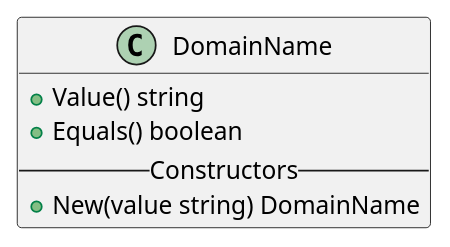
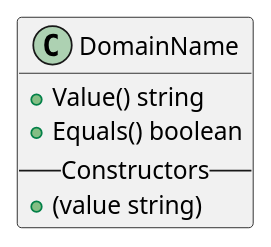
One commit to attestify/kernel-specification changed the diagram in diagrams/uri/domain-name.puml. Above: the diagram before and after it, drawn with PlantUML.

Commit message:
removed New.. and DomainName... from class, they are unncessary

```diff
--- a/diagrams/uri/domain-name.puml
+++ b/diagrams/uri/domain-name.puml
@@ -1,10 +1,10 @@
 @startuml
 
 class DomainName {
 + Value() string
 + Equals() boolean
 -- Constructors --
-+ New(value string) DomainName
++ (value string)
 }
 
 @enduml
```
